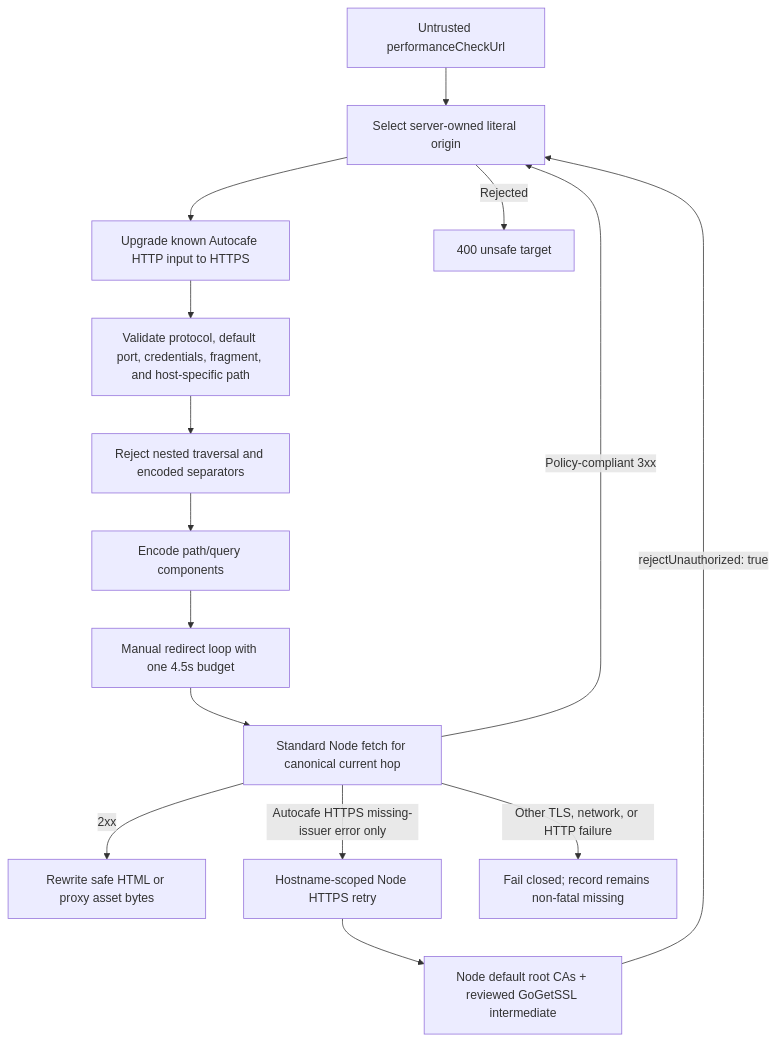
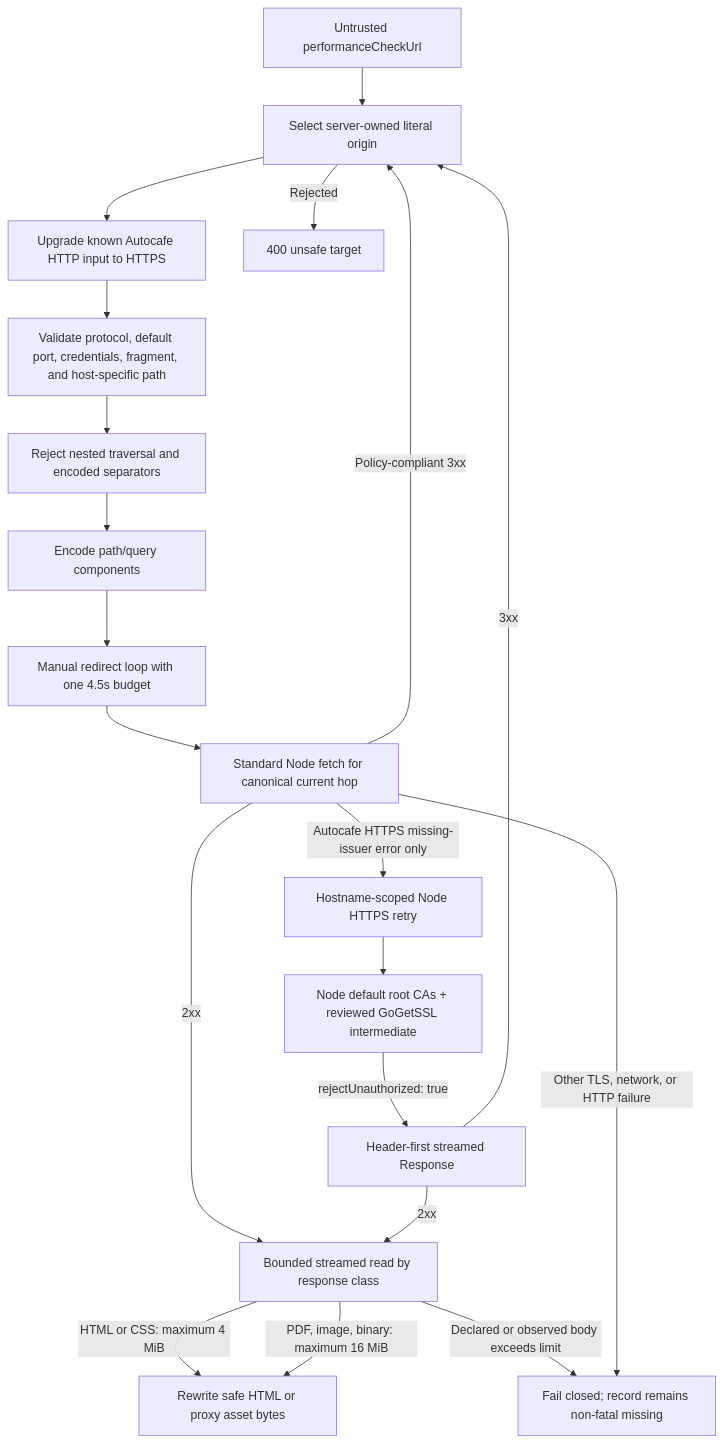
One commit to jaem1n207/truck-harvester changed the fourth of 4 diagrams in docs/architecture.md. Above: the diagram before and after it, drawn with Mermaid. The commit also changed other lines of this file, not shown here.

````diff
--- a/docs/architecture.md
+++ b/docs/architecture.md
@@ -208,17 +217,22 @@
 ```mermaid
 flowchart TD
   A["Untrusted performanceCheckUrl"] --> B["Select server-owned literal origin"]
   B --> C["Upgrade known Autocafe HTTP input to HTTPS"]
   C --> D["Validate protocol, default port, credentials, fragment, and host-specific path"]
   D --> E["Reject nested traversal and encoded separators"]
   E --> F["Encode path/query components"]
   F --> G["Manual redirect loop with one 4.5s budget"]
   G --> H["Standard Node fetch for canonical current hop"]
-  H -->|"2xx"| I["Rewrite safe HTML or proxy asset bytes"]
+  H -->|"2xx"| N["Bounded streamed read by response class"]
+  N -->|"HTML or CSS: maximum 4 MiB"| I["Rewrite safe HTML or proxy asset bytes"]
+  N -->|"PDF, image, binary: maximum 16 MiB"| I
   H -->|"Policy-compliant 3xx"| B
   H -->|"Autocafe HTTPS missing-issuer error only"| J["Hostname-scoped Node HTTPS retry"]
   J --> K["Node default root CAs + reviewed GoGetSSL intermediate"]
-  K -->|"rejectUnauthorized: true"| B
+  K -->|"rejectUnauthorized: true"| O["Header-first streamed Response"]
+  O -->|"3xx"| B
+  O -->|"2xx"| N
   B -->|"Rejected"| L["400 unsafe target"]
+  N -->|"Declared or observed body exceeds limit"| M
   H -->|"Other TLS, network, or HTTP failure"| M["Fail closed; record remains non-fatal missing"]
 ```
````
